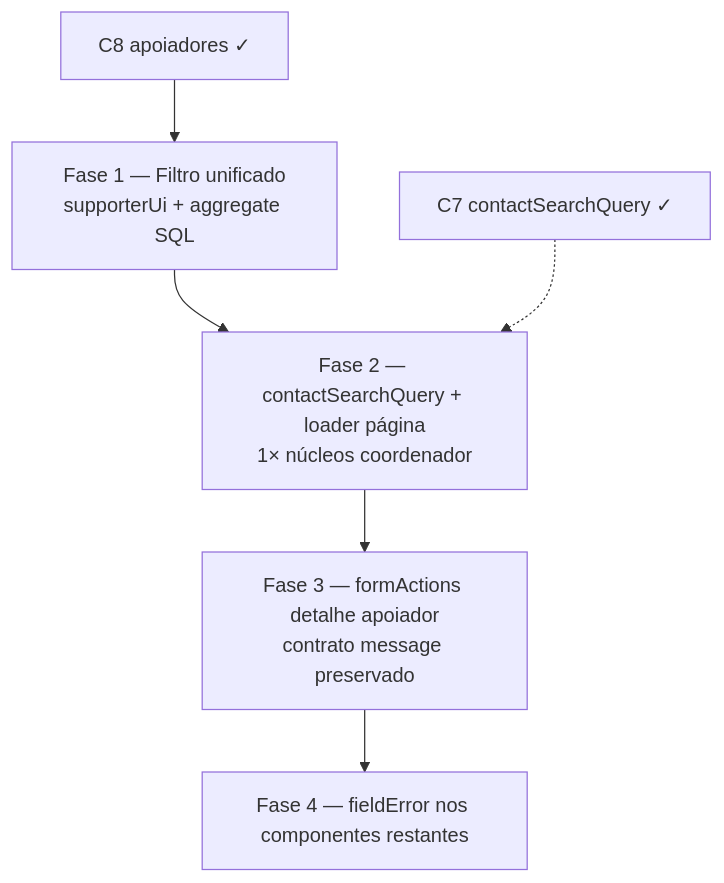
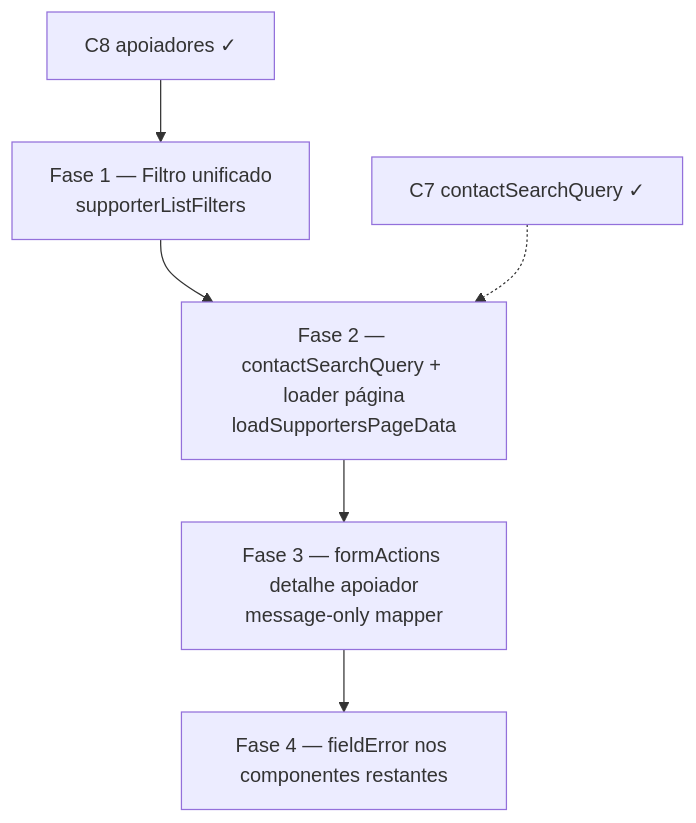
One commit to fsolla/teqo changed the diagram in docs/plans/escala-dry-pos-c8.md. Above: the diagram before and after it, drawn with Mermaid. The commit also changed other lines of this file and 19 other files, not shown here.

````diff
--- a/docs/plans/escala-dry-pos-c8.md
+++ b/docs/plans/escala-dry-pos-c8.md
@@ -47,10 +47,10 @@
 ```mermaid
 flowchart TD
     C8["C8 apoiadores ✓"] --> F1
-    F1["Fase 1 — Filtro unificado<br/>supporterUi + aggregate SQL"]
-    F1 --> F2["Fase 2 — contactSearchQuery + loader página<br/>1× núcleos coordenador"]
-    F2 --> F3["Fase 3 — formActions detalhe apoiador<br/>contrato message preservado"]
+    F1["Fase 1 — Filtro unificado<br/>supporterListFilters"]
+    F1 --> F2["Fase 2 — contactSearchQuery + loader página<br/>loadSupportersPageData"]
+    F2 --> F3["Fase 3 — formActions detalhe apoiador<br/>message-only mapper"]
     F3 --> F4["Fase 4 — fieldError nos componentes restantes"]
 
     C7["C7 contactSearchQuery ✓"] -.-> F2
 ```
````
